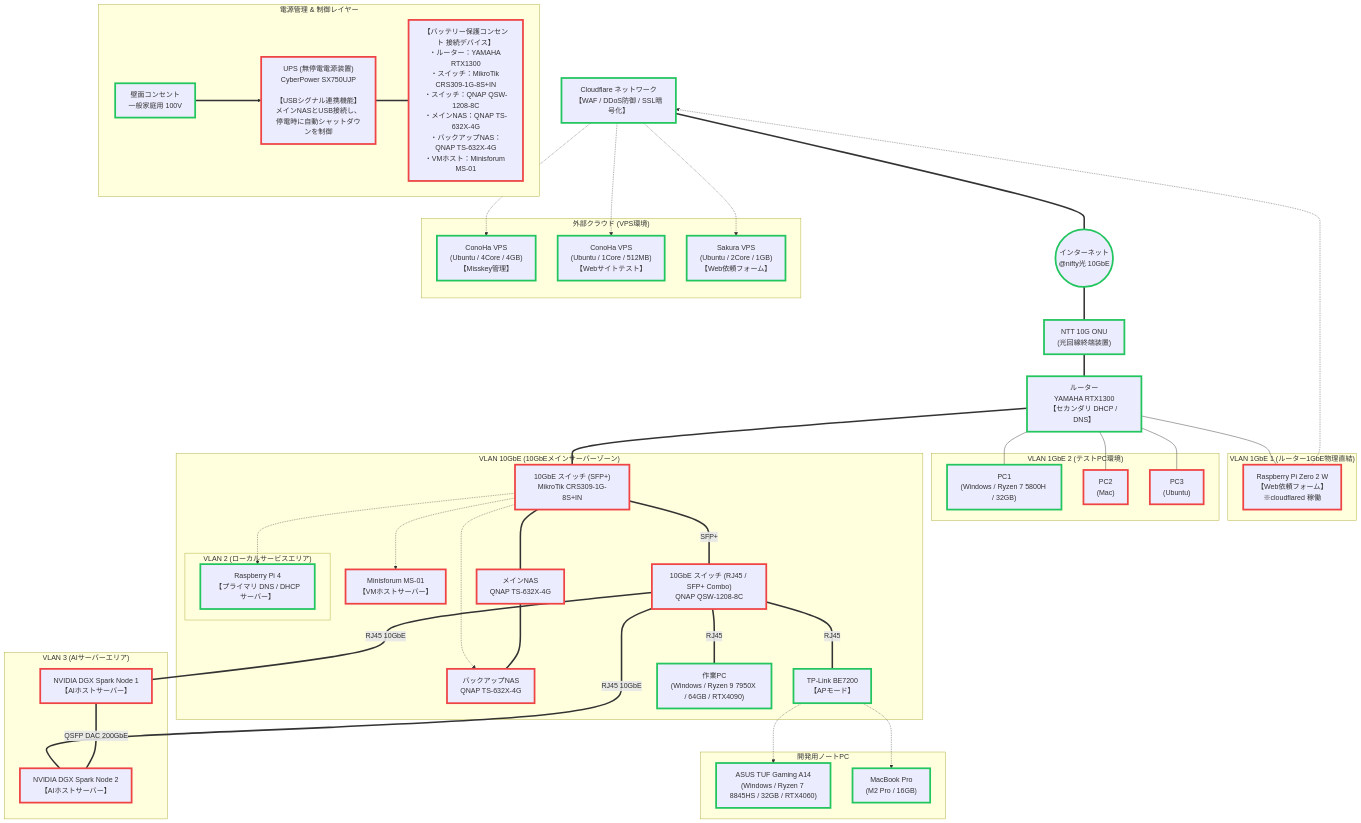
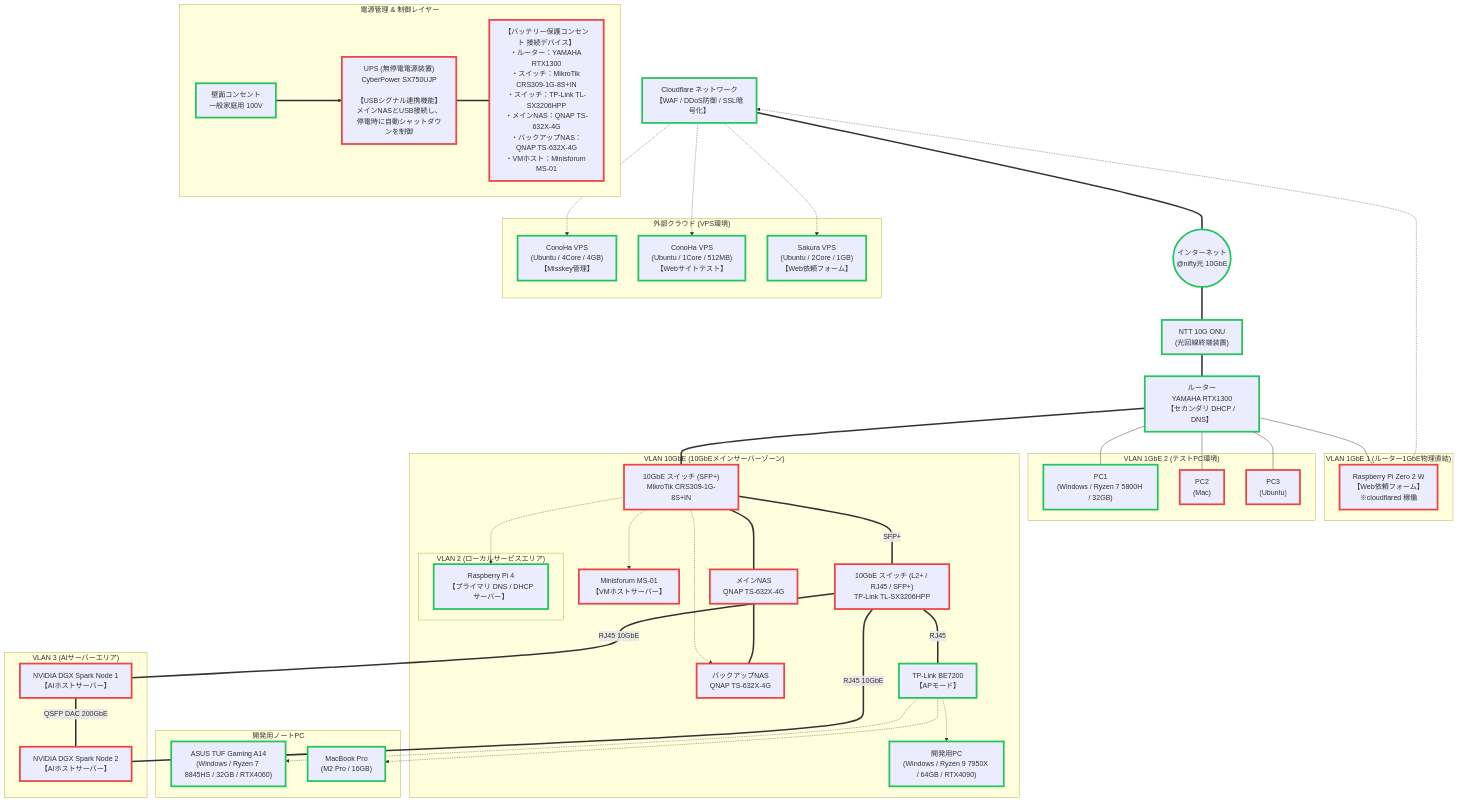
One commit to FRICK-ELDY/Engineering changed the diagram in docs/home-network/home-network.md. Above: the diagram before and after it, drawn with Mermaid. The commit also changed other lines of this file, not shown here.

Commit message:
docs: 自宅ネットワークに TL-SX3206HPP と DGX Spark 2ノード配線を追加

```diff
--- a/docs/home-network/home-network.md
+++ b/docs/home-network/home-network.md
@@ -61,12 +61,12 @@
     %% 【VLAN 10GbE 系統】10GbEメインサーバーゾーン
     subgraph VLAN_10GbE_Zone ["VLAN 10GbE (10GbEメインサーバーゾーン)"]
         CRS309["10GbE スイッチ (SFP+)<br>MikroTik CRS309-1G-8S+IN"]
-        QSW1208["10GbE スイッチ (RJ45 / SFP+ Combo)<br>QNAP QSW-1208-8C"]
+        SX3206["10GbE スイッチ (L2+ / RJ45 / SFP+)<br>TP-Link TL-SX3206HPP"]
         QNAP1["メインNAS<br>QNAP TS-632X-4G"]
         QNAP2["バックアップNAS<br>QNAP TS-632X-4G"]
         MS01["Minisforum MS-01<br>【VMホストサーバー】"]
         BE7200["TP-Link BE7200<br>【APモード】"]
-        PC_Dev["作業PC<br>(Windows / Ryzen 9 7950X / 64GB / RTX4090)"]
+        PC_Dev["開発用PC<br>(Windows / Ryzen 9 7950X / 64GB / RTX4090)"]
 
         %% VLAN_10GbEの配下にさらにDNSを配置
         subgraph VLAN_2 ["VLAN 2 (ローカルサービスエリア)"]
@@ -85,17 +85,17 @@
     CRS309 === QNAP1
     CRS309 -.-> QNAP2
     CRS309 -.-> MS01
-    CRS309 ===|"SFP+"| QSW1208
+    CRS309 ===|"SFP+"| SX3206
     CRS309 -.-> RPi_4
 
-    QSW1208 ===|"RJ45 10GbE"| DGX1
-    QSW1208 ===|"RJ45 10GbE"| DGX2
-    QSW1208 ===|"RJ45"| BE7200
-    QSW1208 ===|"RJ45"| PC_Dev
+    SX3206 ===|"RJ45 10GbE"| DGX1
+    SX3206 ===|"RJ45 10GbE"| DGX2
+    SX3206 ===|"RJ45"| BE7200
 
     %% DGX Spark ノード間 ConnectX-7 直結（200GbE 計算網）
     DGX1 ===|"QSFP DAC 200GbE"| DGX2
 
+    BE7200 -.-> PC_Dev
     BE7200 -.-> PC_ASUS
     BE7200 -.-> PC_MBP
 
@@ -106,7 +106,7 @@
     subgraph Power_Management ["電源管理 & 制御レイヤー"]
         direction LR
         Wall["壁面コンセント<br>一般家庭用 100V"] ===> UPS["UPS (無停電電源装置)<br>CyberPower SX750UJP<br><br>【USBシグナル連携機能】<br>メインNASとUSB接続し、停電時に自動シャットダウンを制御"]
-        UPS === P1["【バッテリー保護コンセント 接続デバイス】<br>・ルーター：YAMAHA RTX1300<br>・スイッチ：MikroTik CRS309-1G-8S+IN<br>・スイッチ：QNAP QSW-1208-8C<br>・メインNAS：QNAP TS-632X-4G<br>・バックアップNAS：QNAP TS-632X-4G<br>・VMホスト：Minisforum MS-01"]
+        UPS === P1["【バッテリー保護コンセント 接続デバイス】<br>・ルーター：YAMAHA RTX1300<br>・スイッチ：MikroTik CRS309-1G-8S+IN<br>・スイッチ：TP-Link TL-SX3206HPP<br>・メインNAS：QNAP TS-632X-4G<br>・バックアップNAS：QNAP TS-632X-4G<br>・VMホスト：Minisforum MS-01"]
     end
 
     %% ノード（デバイス）自体の外枠カラー指定（緑：準備・購入済 / 赤：未購入）
@@ -133,7 +133,7 @@
     style UPS stroke:#ef4444,stroke-width:4px
     style P1 stroke:#ef4444,stroke-width:4px
     style CRS309 stroke:#ef4444,stroke-width:4px
-    style QSW1208 stroke:#ef4444,stroke-width:4px
+    style SX3206 stroke:#ef4444,stroke-width:4px
     style QNAP1 stroke:#ef4444,stroke-width:4px
     style QNAP2 stroke:#ef4444,stroke-width:4px
     style MS01 stroke:#ef4444,stroke-width:4px
```
